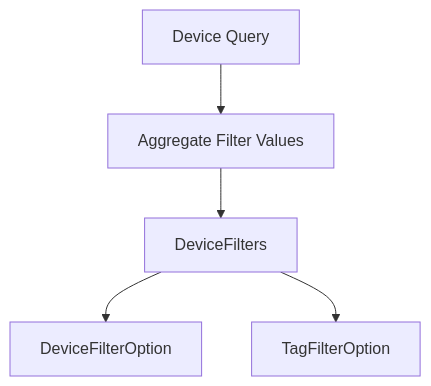
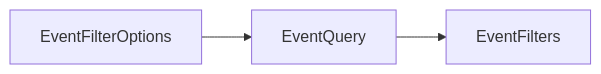
Before and after one commit to flamingo-stack/openframe-oss-lib: the diagram in docs/diagrams/architecture/api-lib-contracts-5.mmd, drawn with Mermaid. The commit also changed 172 other files, not shown here.

```diff
--- a/docs/diagrams/architecture/api-lib-contracts-5.mmd
+++ b/docs/diagrams/architecture/api-lib-contracts-5.mmd
@@ -1,5 +1,3 @@
-flowchart TD
-    DeviceQuery["Device Query"] --> Aggregation["Aggregate Filter Values"]
-    Aggregation --> DeviceFilters
-    DeviceFilters --> DeviceFilterOption
-    DeviceFilters --> TagFilterOption
+flowchart LR
+    EventFilterOptionsModel["EventFilterOptions"] --> EventQuery
+    EventQuery --> EventFiltersModel["EventFilters"]
```
